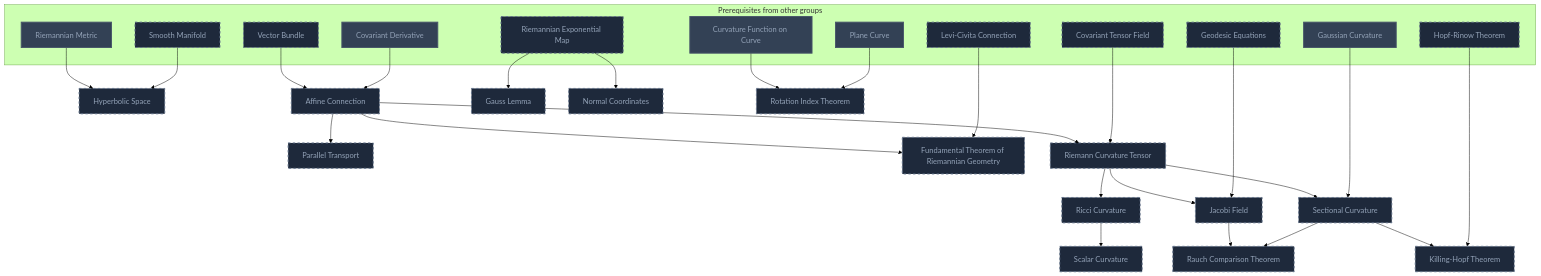
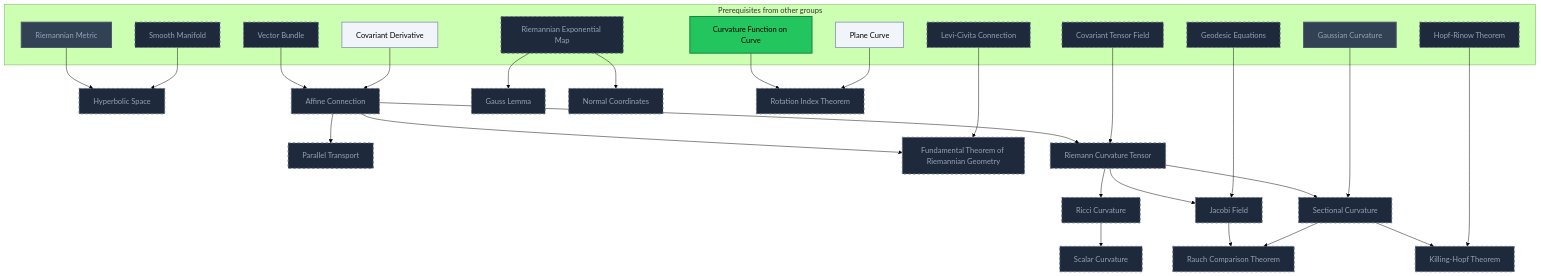
One commit to MRauf1/My-Notes changed diagram 21 of 21 in Gamification/Skill Trees/Differential Geometry.md. Above: the diagram before and after it, drawn with Mermaid (forest theme). The commit also changed other lines of this file and 145 other files, not shown here.

````diff
--- a/Gamification/Skill Trees/Differential Geometry.md
+++ b/Gamification/Skill Trees/Differential Geometry.md
@@ -1380,66 +1398,68 @@
 ```mermaid
 flowchart TD
     classDef planned fill:#1E293B,stroke:#64748B,stroke-width:2px,stroke-dasharray:5 5,color:#94A3B8;
     classDef locked fill:#334155,stroke:#475569,stroke-width:2px,color:#94A3B8;
     classDef L0 fill:#F1F5F9,stroke:#94A3B8,stroke-width:2px,color:#000000;
     classDef L1 fill:#22C55E,stroke:#15803D,stroke-width:2px,color:#000000;
     classDef L2 fill:#3B82F6,stroke:#1D4ED8,stroke-width:3px,color:#FFFFFF;
     classDef L3 fill:#A855F7,stroke:#6B21A8,stroke-width:3px,color:#FFFFFF,font-weight:bold;
     classDef L4 fill:#F97316,stroke:#C2410C,stroke-width:4px,color:#000000,font-weight:bold;
     classDef L5 fill:#FFD700,stroke:#FF8C00,stroke-width:5px,color:#000000,font-weight:bold;
     classDef rusty stroke:#8B4513,stroke-width:4px,stroke-dasharray:3 3;
     subgraph sg_prereqs["Prerequisites from other groups"]
         n_riemannian_metric["Riemannian Metric"]
         n_smooth_manifold["Smooth Manifold"]
         n_vector_bundle["Vector Bundle"]
         n_covariant_derivative["Covariant Derivative"]
         n_levi_civita_connection["Levi-Civita Connection"]
         n_riemannian_exponential_map["Riemannian Exponential Map"]
         n_covariant_tensor_field["Covariant Tensor Field"]
         n_gaussian_curvature["Gaussian Curvature"]
         n_curvature_function_on_curve["Curvature Function on Curve"]
         n_plane_curve["Plane Curve"]
         n_geodesic_equations["Geodesic Equations"]
         n_hopf_rinow_theorem["Hopf-Rinow Theorem"]
     end
     n_hyperbolic_space["Hyperbolic Space"]
     n_affine_connection["Affine Connection"]
     n_parallel_transport["Parallel Transport"]
     n_fundamental_theorem_of_riemannian_geometry["Fundamental Theorem of Riemannian Geometry"]
     n_gauss_lemma["Gauss Lemma"]
     n_normal_coordinates["Normal Coordinates"]
     n_riemann_curvature_tensor["Riemann Curvature Tensor"]
     n_ricci_curvature["Ricci Curvature"]
     n_scalar_curvature["Scalar Curvature"]
     n_sectional_curvature["Sectional Curvature"]
     n_rotation_index_theorem["Rotation Index Theorem"]
     n_jacobi_field["Jacobi Field"]
     n_rauch_comparison_theorem["Rauch Comparison Theorem"]
     n_killing_hopf_theorem["Killing-Hopf Theorem"]
     n_riemannian_metric --> n_hyperbolic_space
     n_smooth_manifold --> n_hyperbolic_space
     n_vector_bundle --> n_affine_connection
     n_covariant_derivative --> n_affine_connection
     n_affine_connection --> n_parallel_transport
     n_affine_connection --> n_fundamental_theorem_of_riemannian_geometry
     n_levi_civita_connection --> n_fundamental_theorem_of_riemannian_geometry
     n_riemannian_exponential_map --> n_gauss_lemma
     n_riemannian_exponential_map --> n_normal_coordinates
     n_affine_connection --> n_riemann_curvature_tensor
     n_covariant_tensor_field --> n_riemann_curvature_tensor
     n_riemann_curvature_tensor --> n_ricci_curvature
     n_ricci_curvature --> n_scalar_curvature
     n_riemann_curvature_tensor --> n_sectional_curvature
     n_gaussian_curvature --> n_sectional_curvature
     n_curvature_function_on_curve --> n_rotation_index_theorem
     n_plane_curve --> n_rotation_index_theorem
     n_riemann_curvature_tensor --> n_jacobi_field
     n_geodesic_equations --> n_jacobi_field
     n_jacobi_field --> n_rauch_comparison_theorem
     n_sectional_curvature --> n_rauch_comparison_theorem
     n_sectional_curvature --> n_killing_hopf_theorem
     n_hopf_rinow_theorem --> n_killing_hopf_theorem
     class n_smooth_manifold,n_vector_bundle,n_levi_civita_connection,n_riemannian_exponential_map,n_covariant_tensor_field,n_geodesic_equations,n_hopf_rinow_theorem,n_hyperbolic_space,n_affine_connection,n_parallel_transport,n_fundamental_theorem_of_riemannian_geometry,n_gauss_lemma,n_normal_coordinates,n_riemann_curvature_tensor,n_ricci_curvature,n_scalar_curvature,n_sectional_curvature,n_rotation_index_theorem,n_jacobi_field,n_rauch_comparison_theorem,n_killing_hopf_theorem planned;
-    class n_riemannian_metric,n_covariant_derivative,n_gaussian_curvature,n_curvature_function_on_curve,n_plane_curve locked;
+    class n_riemannian_metric,n_gaussian_curvature locked;
+    class n_covariant_derivative,n_plane_curve L0;
+    class n_curvature_function_on_curve L1;
     class n_riemannian_metric,n_covariant_derivative,n_gaussian_curvature,n_curvature_function_on_curve,n_plane_curve internal-link;
 ```
````
